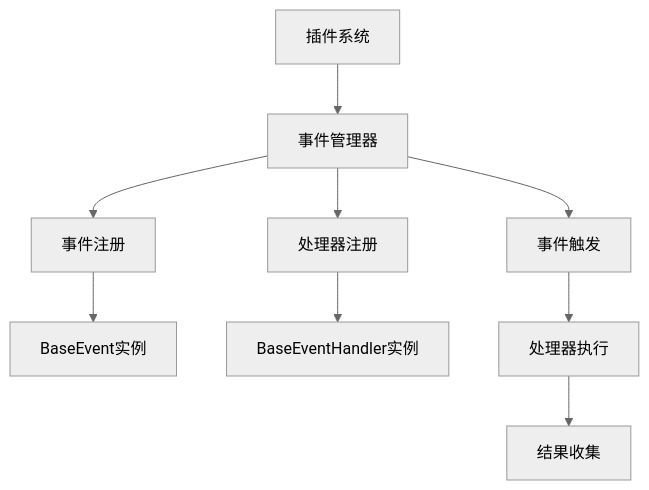
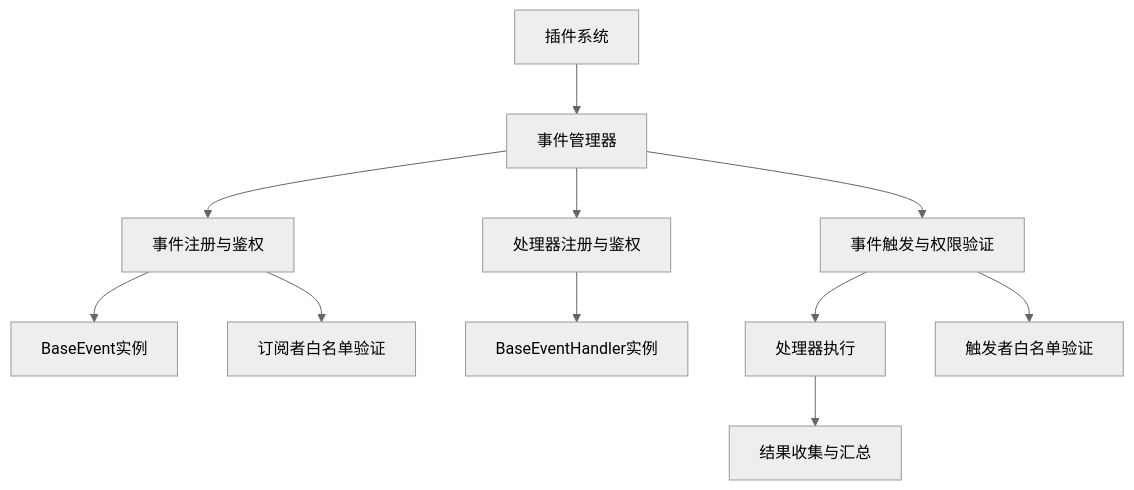
One commit to NyakoWW/MoFox_Bot changed the diagram in docs/plugins/event-system-guide.md. Above: the diagram before and after it, drawn with Mermaid (neutral theme). The commit also changed other lines of this file, not shown here.

````diff
--- a/docs/plugins/event-system-guide.md
+++ b/docs/plugins/event-system-guide.md
@@ -20,11 +26,13 @@
 ```mermaid
 graph TD
     A[插件系统] --> B[事件管理器]
-    B --> C[事件注册]
-    B --> D[处理器注册]
-    B --> E[事件触发]
+    B --> C[事件注册与鉴权]
+    B --> D[处理器注册与鉴权]
+    B --> E[事件触发与权限验证]
     C --> F[BaseEvent实例]
     D --> G[BaseEventHandler实例]
     E --> H[处理器执行]
-    H --> I[结果收集]
+    H --> I[结果收集与汇总]
+    C --> J[订阅者白名单验证]
+    E --> K[触发者白名单验证]
 ```
````
